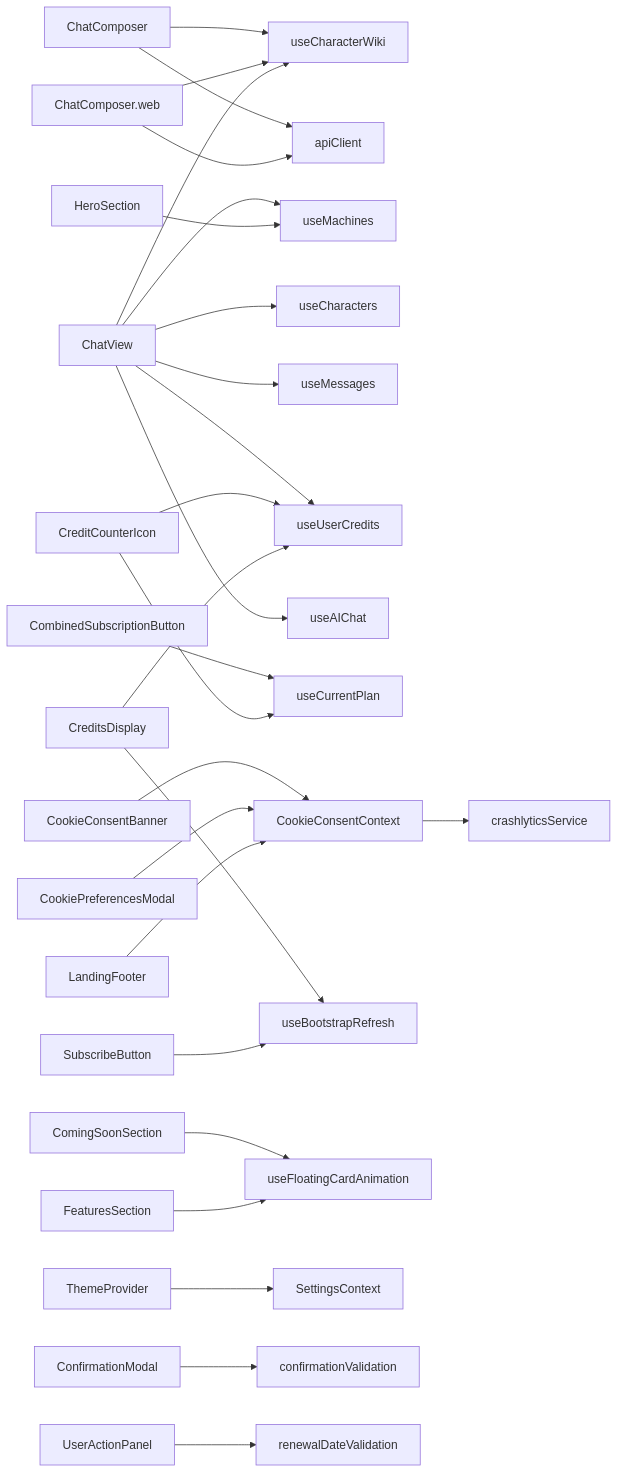
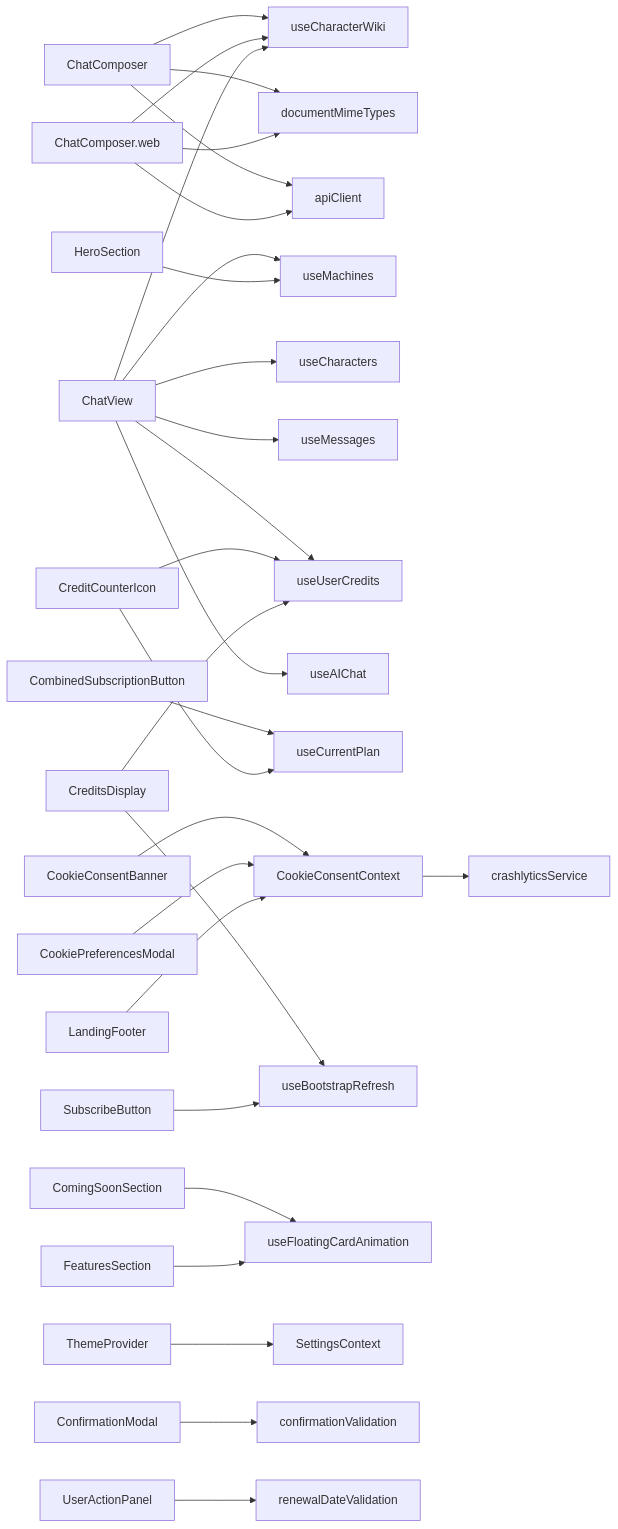
The diagram in docs/flowcharts/COMPONENTS.md (equationalapplications/clanker), drawn with Mermaid before and after one commit.

Commit message:
docs(charts): regenerate component flowchart after documentMimeTypes import

````diff
--- a/docs/flowcharts/COMPONENTS.md
+++ b/docs/flowcharts/COMPONENTS.md
@@ -4,29 +4,31 @@
 ```mermaid
 graph LR
   ChatComposer --> useCharacterWiki
+  ChatComposer --> documentMimeTypes
   ChatComposer --> apiClient
   ChatComposer.web --> useCharacterWiki
+  ChatComposer.web --> documentMimeTypes
   ChatComposer.web --> apiClient
   ChatView --> useMachines
   ChatView --> useCharacters
   ChatView --> useMessages
   ChatView --> useUserCredits
   ChatView --> useCharacterWiki
   ChatView --> useAIChat
   CombinedSubscriptionButton --> useCurrentPlan
   CookieConsentBanner --> CookieConsentContext
   CookieConsentContext --> crashlyticsService
   CookiePreferencesModal --> CookieConsentContext
   CreditCounterIcon --> useCurrentPlan
   CreditCounterIcon --> useUserCredits
   CreditsDisplay --> useUserCredits
   CreditsDisplay --> useBootstrapRefresh
   ComingSoonSection --> useFloatingCardAnimation
   FeaturesSection --> useFloatingCardAnimation
   HeroSection --> useMachines
   LandingFooter --> CookieConsentContext
   SubscribeButton --> useBootstrapRefresh
   ThemeProvider --> SettingsContext
   ConfirmationModal --> confirmationValidation
   UserActionPanel --> renewalDateValidation
 ```
````
